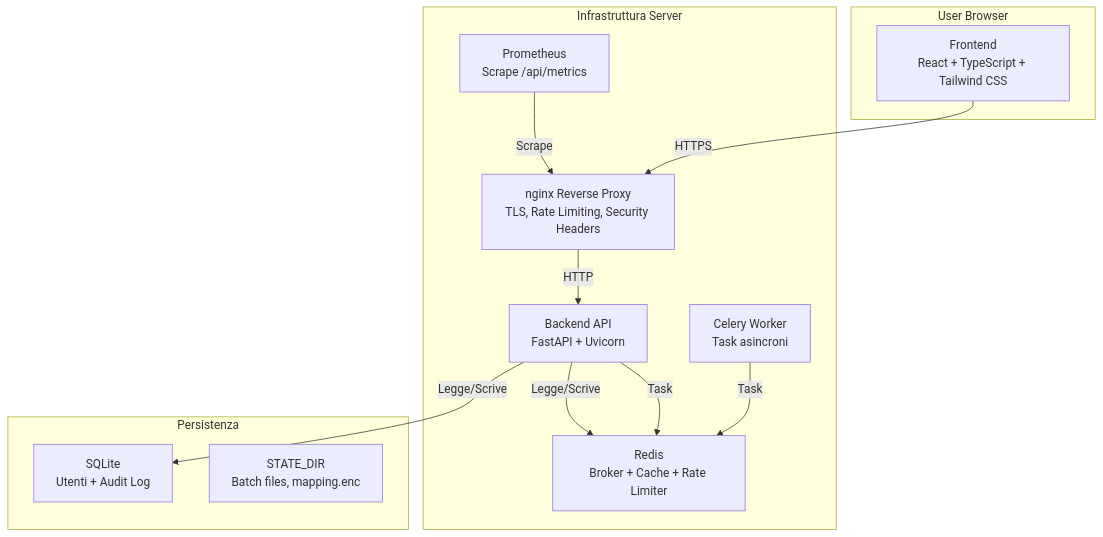
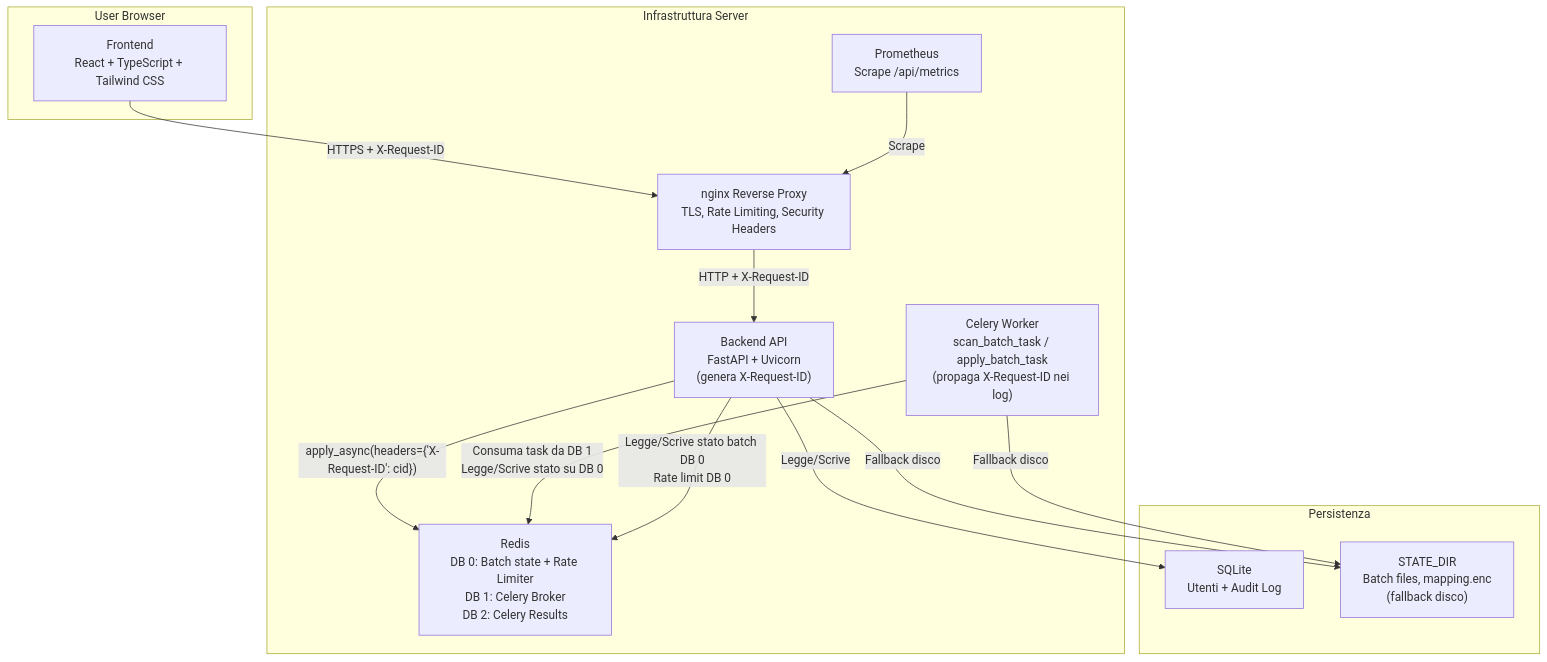
The diagram in README.md (3n1gm496/pseudonymization-tool), drawn with Mermaid before and after one commit. The commit also changed other lines of this file and 7 other files, not shown here.

First line of the commit message:
feat(tracing): distributed trace correlation X-Request-ID FastAPI → Celery → Worker

````diff
--- a/README.md
+++ b/README.md
@@ -51,27 +52,29 @@
 ```mermaid
 graph TD
     subgraph Browser["User Browser"]
         Frontend["Frontend<br/>React + TypeScript + Tailwind CSS"]
     end
 
     subgraph Server["Infrastruttura Server"]
         Nginx["nginx Reverse Proxy<br/>TLS, Rate Limiting, Security Headers"]
-        Backend["Backend API<br/>FastAPI + Uvicorn"]
-        Worker["Celery Worker<br/>Task asincroni"]
-        Redis["Redis<br/>Broker + Cache + Rate Limiter"]
+        Backend["Backend API<br/>FastAPI + Uvicorn<br/>(genera X-Request-ID)"]
+        Worker["Celery Worker<br/>scan_batch_task / apply_batch_task<br/>(propaga X-Request-ID nei log)"]
+        Redis["Redis<br/>DB 0: Batch state + Rate Limiter<br/>DB 1: Celery Broker<br/>DB 2: Celery Results"]
         Prometheus["Prometheus<br/>Scrape /api/metrics"]
     end
 
     subgraph Storage["Persistenza"]
         SQLite["SQLite<br/>Utenti + Audit Log"]
-        StateDir["STATE_DIR<br/>Batch files, mapping.enc"]
+        StateDir["STATE_DIR<br/>Batch files, mapping.enc<br/>(fallback disco)"]
     end
 
-    Frontend -- HTTPS --> Nginx
-    Nginx -- HTTP --> Backend
-    Backend -- Task --> Redis
-    Worker -- Task --> Redis
-    Backend -- Legge/Scrive --> Redis
-    Backend -- Legge/Scrive --> SQLite
+    Frontend -- "HTTPS + X-Request-ID" --> Nginx
+    Nginx -- "HTTP + X-Request-ID" --> Backend
+    Backend -- "apply_async(headers={'X-Request-ID': cid})" --> Redis
+    Worker -- "Consuma task da DB 1<br/>Legge/Scrive stato su DB 0" --> Redis
+    Backend -- "Legge/Scrive stato batch DB 0<br/>Rate limit DB 0" --> Redis
+    Backend -- "Legge/Scrive" --> SQLite
+    Backend -- "Fallback disco" --> StateDir
+    Worker -- "Fallback disco" --> StateDir
     Prometheus -- Scrape --> Nginx
 ```
````
